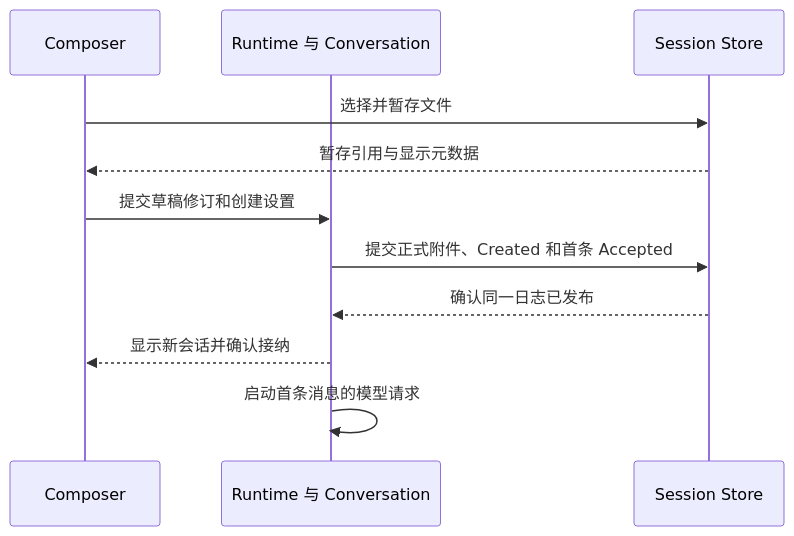
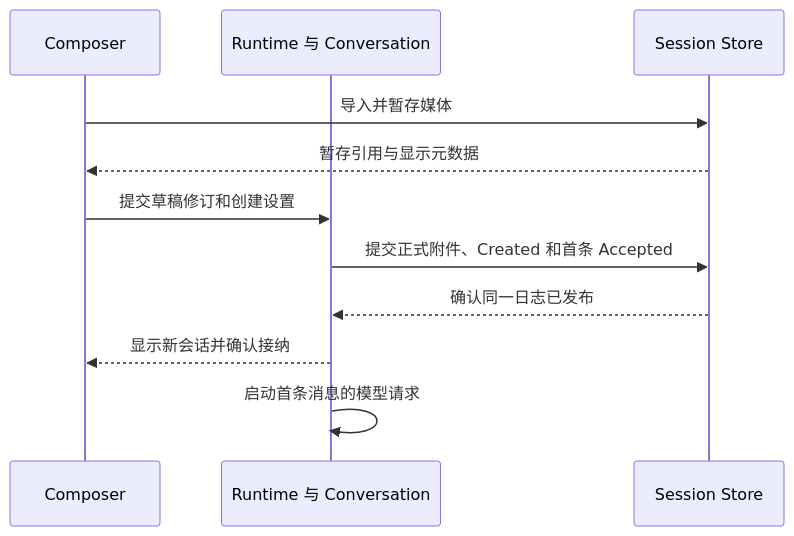
The second of 2 diagrams in docs/design/modules/chat-composer.md (slc90/Agentelier), drawn with Mermaid before and after one commit. The commit also changed other lines of this file and 12 other files, not shown here.

````diff
--- a/docs/design/modules/chat-composer.md
+++ b/docs/design/modules/chat-composer.md
@@ -130,13 +132,13 @@
 ```mermaid
 sequenceDiagram
     participant UI as Composer
     participant RT as Runtime 与 Conversation
     participant Store as Session Store
-    UI->>Store: 选择并暂存文件
+    UI->>Store: 导入并暂存媒体
     Store-->>UI: 暂存引用与显示元数据
     UI->>RT: 提交草稿修订和创建设置
     RT->>Store: 提交正式附件、Created 和首条 Accepted
     Store-->>RT: 确认同一日志已发布
     RT-->>UI: 显示新会话并确认接纳
     RT->>RT: 启动首条消息的模型请求
 ```
````
